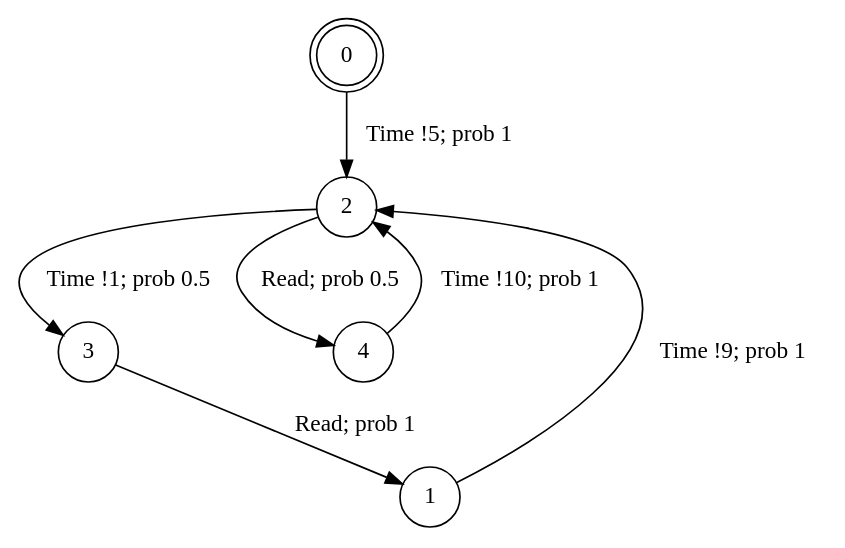
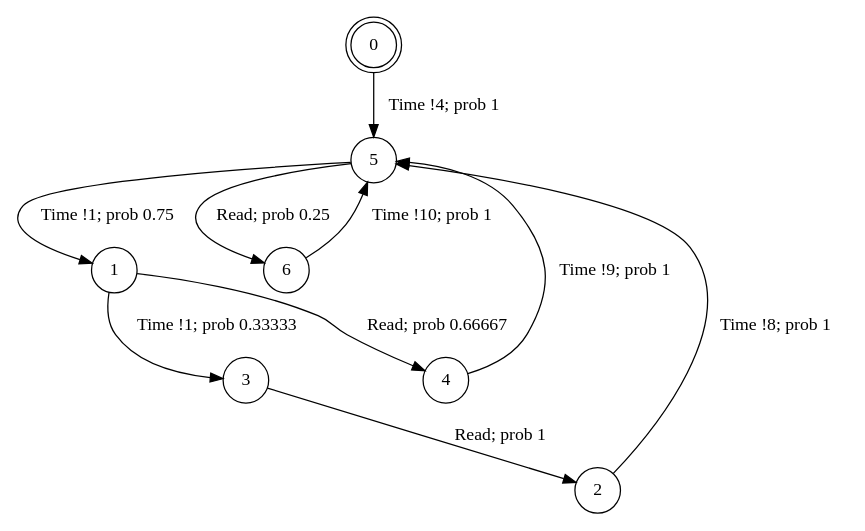
Before and after one commit to irmanfaqrizal/ptsv: the diagram in experiments/aebs/aebs-Sensor-min-pts.dot, drawn with Graphviz. The commit also changed 142 other files, not shown here.

```diff
--- a/experiments/aebs/aebs-Sensor-min-pts.dot
+++ b/experiments/aebs/aebs-Sensor-min-pts.dot
@@ -1,12 +1,15 @@
 digraph BCG {
 size = "7, 10.5";
 center = TRUE;
 node [shape = circle];
 0 [peripheries = 2];
-0 -> 2 [label = "Time !5; prob 1"];
-1 -> 2 [label = "Time !9; prob 1"];
-2 -> 3 [label = "Time !1; prob 0.5"];
-2 -> 4 [label = "Read; prob 0.5"];
-3 -> 1 [label = "Read; prob 1"];
-4 -> 2 [label = "Time !10; prob 1"];
+0 -> 5 [label = "Time !4; prob 1"];
+1 -> 3 [label = "Time !1; prob 0.33333"];
+1 -> 4 [label = "Read; prob 0.66667"];
+2 -> 5 [label = "Time !8; prob 1"];
+3 -> 2 [label = "Read; prob 1"];
+4 -> 5 [label = "Time !9; prob 1"];
+5 -> 1 [label = "Time !1; prob 0.75"];
+5 -> 6 [label = "Read; prob 0.25"];
+6 -> 5 [label = "Time !10; prob 1"];
 }
```
